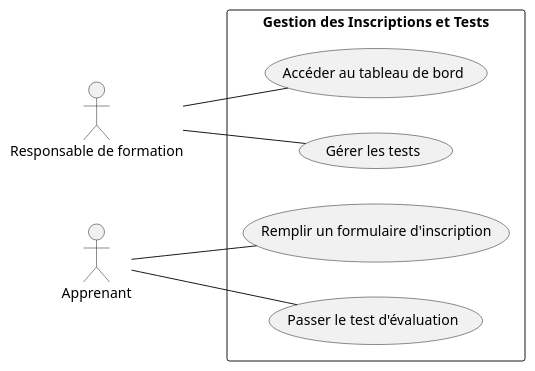
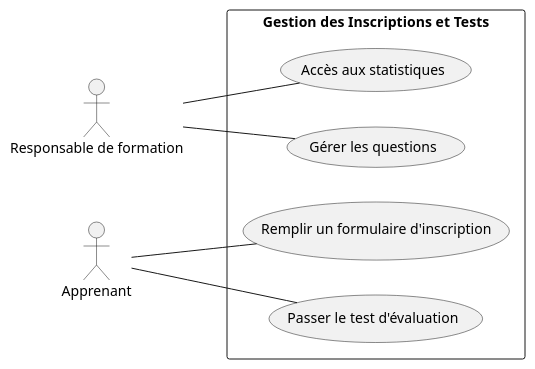
The diagram in Branche_fonctionelle/Analyse/use_case.puml (samiaBoug/Soli_LMS_Test_Inscription), drawn with PlantUML before and after one commit. The commit also changed 2 other files, not shown here.

```diff
--- a/Branche_fonctionelle/Analyse/use_case.puml
+++ b/Branche_fonctionelle/Analyse/use_case.puml
@@ -1,20 +1,20 @@
 @startuml
 left to right direction
 
 actor "Responsable de formation" as Admin
 actor "Apprenant" as Apprenant
 
 rectangle "Gestion des Inscriptions et Tests" {
   usecase "Remplir un formulaire d'inscription" as UC1
   usecase "Passer le test d'évaluation" as UC2
-  usecase "Accéder au tableau de bord" as UC3
-  usecase "Gérer les tests" as UC4
+  usecase "Accès aux statistiques" as UC3
+  usecase "Gérer les questions" as UC4
 
 }
 
 Admin -- UC3 
 Admin -- UC4 
 Apprenant -- UC1
 Apprenant -- UC2 
 
 @enduml
```
